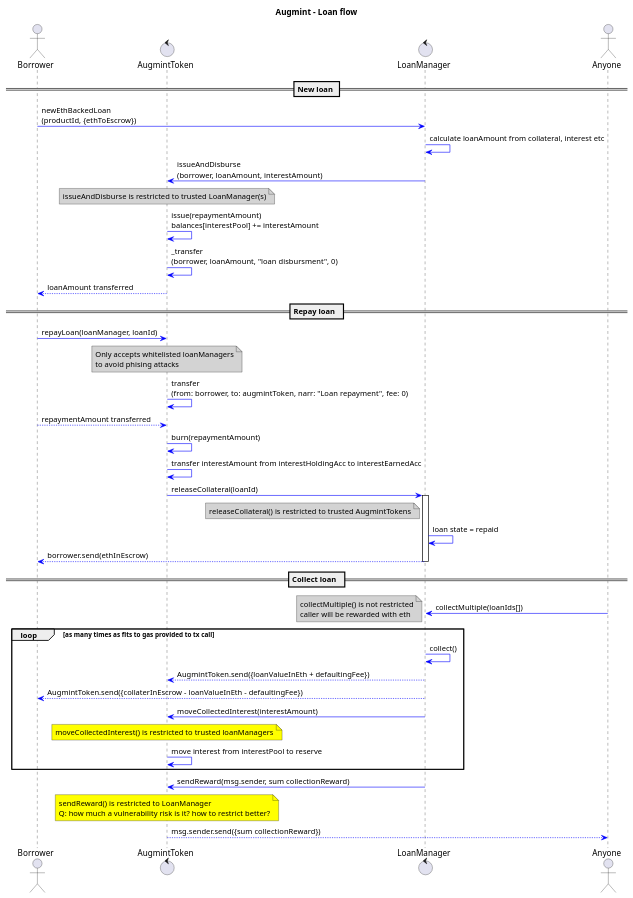
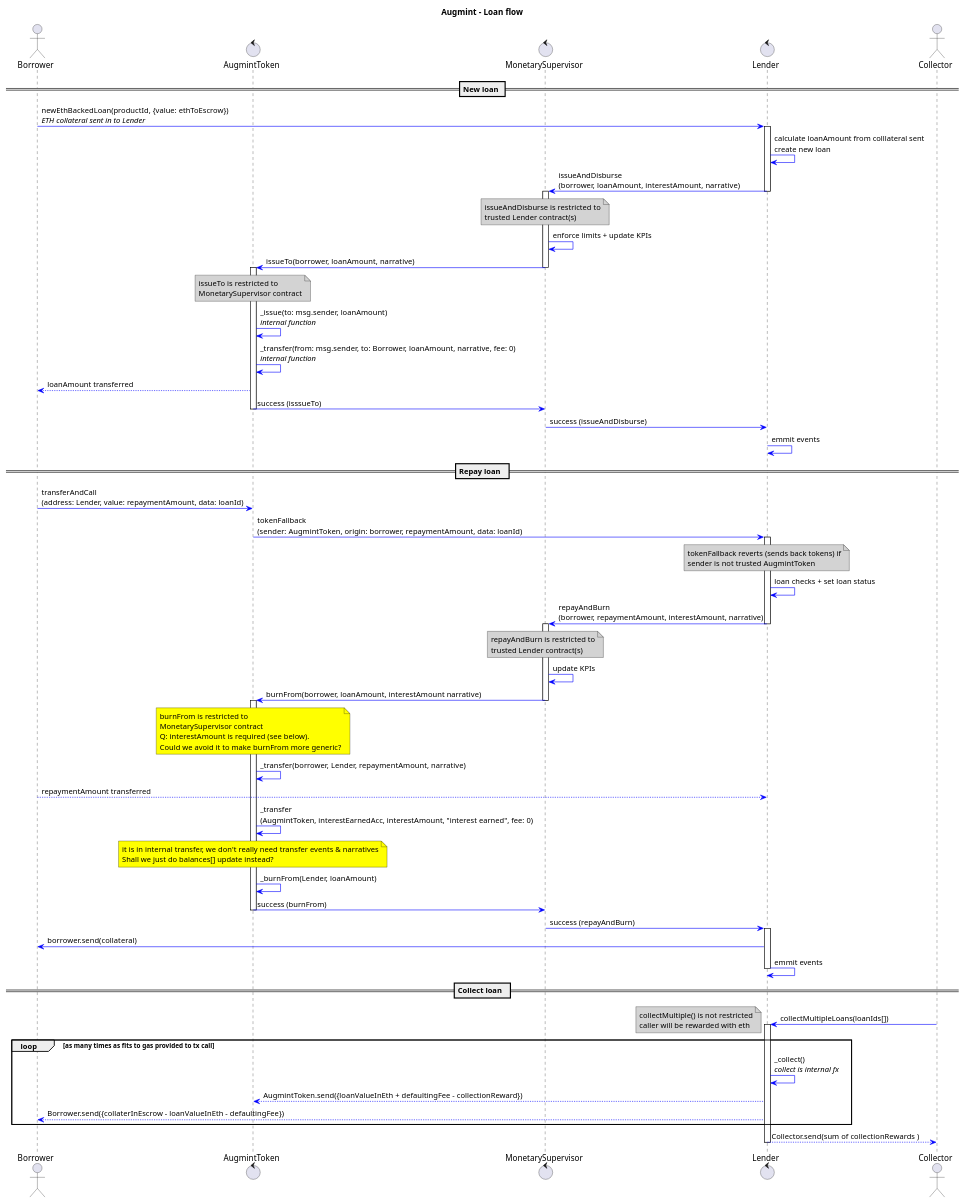
The diagram in docs/loanFlow.plantuml (Augmint/augmint-contracts), drawn with PlantUML before and after one commit. The commit also changed 2 other files, not shown here.

Commit message:
loan flow seq diagram first pass as per #2

```diff
--- a/docs/loanFlow.plantuml
+++ b/docs/loanFlow.plantuml
@@ -1,60 +1,108 @@
 @startuml
 title **Augmint** - Loan flow
 skinparam ArrowColor #blue
 skinparam noteBackgroundColor #lightgrey
+
 actor Borrower
 control AugmintToken
-control LoanManager
-actor Anyone
+control MonetarySupervisor
+control Lender
+actor Collector
+
 == New loan ==
-Borrower -> LoanManager : newEthBackedLoan\n(productId, {ethToEscrow})
-LoanManager -> LoanManager : calculate loanAmount from collateral, interest etc
-LoanManager -> AugmintToken : issueAndDisburse\n(borrower, loanAmount, interestAmount)
-note over AugmintToken
-issueAndDisburse is restricted to trusted LoanManager(s)
-end note
-AugmintToken -> AugmintToken : issue(repaymentAmount)\nbalances[interestPool] += interestAmount
-AugmintToken -> AugmintToken : _transfer\n(borrower, loanAmount, "loan disbursment", 0)
-AugmintToken --> Borrower : loanAmount transferred
+Borrower -> Lender : newEthBackedLoan(productId, {value: ethToEscrow})\n//ETH collateral sent in to Lender//
+
+activate Lender
+    Lender -> Lender : calculate loanAmount from colllateral sent\ncreate new loan
+    Lender -> MonetarySupervisor : issueAndDisburse\n(borrower, loanAmount, interestAmount, narrative)
+deactivate Lender
+
+activate MonetarySupervisor
+    note over MonetarySupervisor
+        issueAndDisburse is restricted to
+        trusted Lender contract(s)
+    end note
+    MonetarySupervisor -> MonetarySupervisor : enforce limits + update KPIs
+    MonetarySupervisor -> AugmintToken : issueTo(borrower, loanAmount, narrative)
+deactivate MonetarySupervisor
+
+activate AugmintToken
+    note over AugmintToken
+        issueTo is restricted to
+        MonetarySupervisor contract
+    end note
+    AugmintToken -> AugmintToken : _issue(to: msg.sender, loanAmount)\n//internal function//
+    AugmintToken -> AugmintToken : _transfer(from: msg.sender, to: Borrower, loanAmount, narrative, fee: 0)\n//internal function//
+    AugmintToken --> Borrower : loanAmount transferred
+    AugmintToken -> MonetarySupervisor : success (isssueTo)
+deactivate AugmintToken
+
+MonetarySupervisor -> Lender : success (issueAndDisburse)
+
+Lender -> Lender : emmit events
+
 
 == Repay loan  ==
-Borrower -> AugmintToken : repayLoan(loanManager, loanId)
-note over AugmintToken
-    Only accepts whitelisted loanManagers
-    to avoid phising attacks
-end note
-AugmintToken -> AugmintToken : transfer\n(from: borrower, to: augmintToken, narr: "Loan repayment", fee: 0)
-Borrower --> AugmintToken : repaymentAmount transferred
-AugmintToken -> AugmintToken : burn(repaymentAmount)
-AugmintToken -> AugmintToken : transfer interestAmount from interestHoldingAcc to interestEarnedAcc
-AugmintToken -> LoanManager : releaseCollateral(loanId)
-note left LoanManager
-    releaseCollateral() is restricted to trusted AugmintTokens
-end note
-activate LoanManager
-LoanManager -> LoanManager : loan state = repaid
-LoanManager --> Borrower : borrower.send(ethInEscrow)
-deactivate LoanManager
+Borrower -> AugmintToken : transferAndCall\n(address: Lender, value: repaymentAmount, data: loanId)
+AugmintToken -> Lender : tokenFallback\n(sender: AugmintToken, origin: borrower, repaymentAmount, data: loanId)
+
+activate Lender
+    note over Lender
+        tokenFallback reverts (sends back tokens) if
+        sender is not trusted AugmintToken
+    end note
+    Lender -> Lender : loan checks + set loan status
+    Lender -> MonetarySupervisor : repayAndBurn\n(borrower, repaymentAmount, interestAmount, narrative)
+    note over MonetarySupervisor
+        repayAndBurn is restricted to
+        trusted Lender contract(s)
+    end note
+deactivate Lender
+
+activate MonetarySupervisor
+    MonetarySupervisor -> MonetarySupervisor : update KPIs
+    MonetarySupervisor -> AugmintToken : burnFrom(borrower, loanAmount, interestAmount narrative)
+deactivate MonetarySupervisor
+
+activate AugmintToken
+    note over AugmintToken #yellow
+        burnFrom is restricted to
+        MonetarySupervisor contract
+        Q: interestAmount is required (see below).
+        Could we avoid it to make burnFrom more generic?
+    end note
+    AugmintToken -> AugmintToken : _transfer(borrower, Lender, repaymentAmount, narrative)
+    Borrower --> Lender : repaymentAmount transferred
+    AugmintToken -> AugmintToken : _transfer\n(AugmintToken, interestEarnedAcc, interestAmount, "interest earned", fee: 0)
+    note over AugmintToken #yellow
+        it is in internal transfer, we don't really need transfer events & narratives
+        Shall we just do balances[] update instead?
+    end note
+    AugmintToken -> AugmintToken : _burnFrom(Lender, loanAmount)
+    AugmintToken -> MonetarySupervisor : success (burnFrom)
+deactivate AugmintToken
+
+MonetarySupervisor -> Lender : success (repayAndBurn)
+
+activate Lender
+Lender -> Borrower : borrower.send(collateral)
+Lender -> Lender : emmit events
+deactivate Lender
+
 == Collect loan  ==
-Anyone -> LoanManager : collectMultiple(loanIds[])
+Collector -> Lender : collectMultipleLoans(loanIds[])
 note left
     collectMultiple() is not restricted
     caller will be rewarded with eth
 end note
+activate Lender
+
 loop as many times as fits to gas provided to tx call
-    LoanManager -> LoanManager : collect()
-    LoanManager --> AugmintToken : AugmintToken.send({loanValueInEth + defaultingFee})
-    LoanManager --> Borrower : AugmintToken.send({collaterInEscrow - loanValueInEth - defaultingFee})
-    LoanManager -> AugmintToken : moveCollectedInterest(interestAmount)
-    note over AugmintToken #yellow
-    moveCollectedInterest() is restricted to trusted loanManagers
-    end note
-    AugmintToken -> AugmintToken : move interest from interestPool to reserve
+    Lender -> Lender : _collect()\n//collect is internal fx//
+    Lender --> AugmintToken : AugmintToken.send({loanValueInEth + defaultingFee - collectionReward})
+    Lender --> Borrower : Borrower.send({collaterInEscrow - loanValueInEth - defaultingFee})
 end
-LoanManager -> AugmintToken : sendReward(msg.sender, sum collectionReward)
-note over AugmintToken #yellow
-    sendReward() is restricted to LoanManager
-    Q: how much a vulnerability risk is it? how to restrict better?
-end note
-AugmintToken --> Anyone : msg.sender.send({sum collectionReward})
+Lender --> Collector : Collector.send(sum of collectionRewards )
+
+deactivate Lender
 @enduml
```
